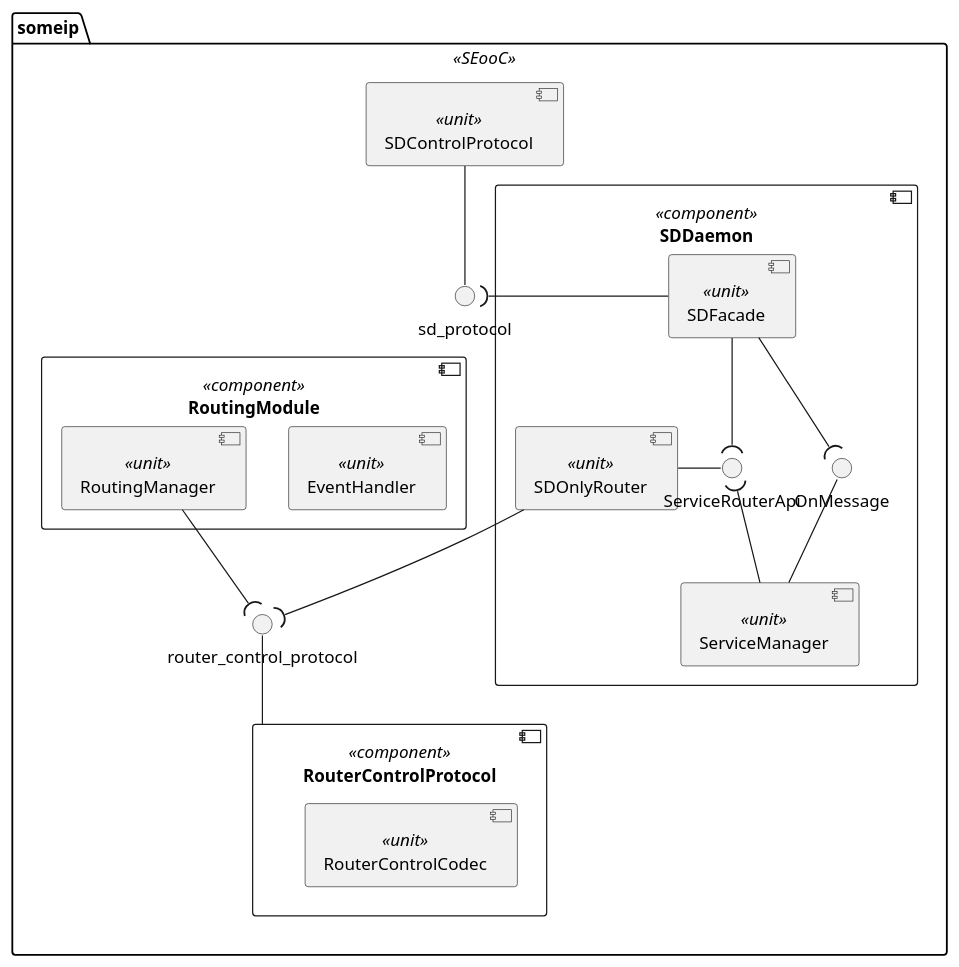
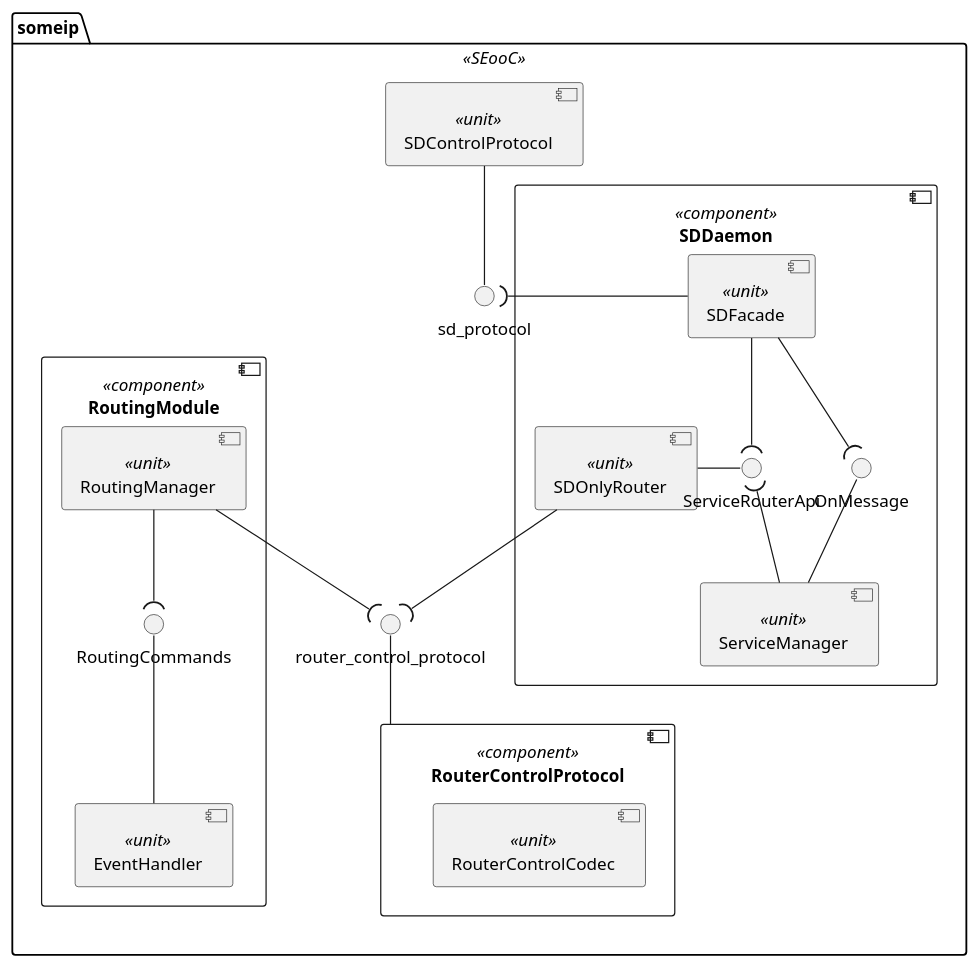
One commit to eclipse-score/communication changed the diagram in score/someip/dependability/architectural_design/static_design/overall.puml. Above: the diagram before and after it, drawn with PlantUML. The commit also changed 19 other files, not shown here.

First line of the commit message:
someip: add routing manager control path to routing module

```diff
--- a/score/someip/dependability/architectural_design/static_design/overall.puml
+++ b/score/someip/dependability/architectural_design/static_design/overall.puml
@@ -13,42 +13,46 @@
 @startuml SomeIp_StaticDesign
 
 package someip <<SEooC>> {
 
   component SDControlProtocol <<unit>>
   component RouterControlProtocol <<component>> {
     component RouterControlCodec <<unit>>
   }
 
 
   interface sd_protocol
   interface router_control_protocol
 
   RouterControlProtocol -u- router_control_protocol
   SDControlProtocol -d- sd_protocol
 
   component SDDaemon <<component>> {
     component ServiceManager <<unit>>
     component SDFacade <<unit>>
     component SDOnlyRouter <<unit>>
 
     interface OnMessage
     interface ServiceRouterApi
 
     SDFacade --( OnMessage
     ServiceManager -u- OnMessage
     SDFacade --( ServiceRouterApi
     ServiceManager -l-( ServiceRouterApi
     SDOnlyRouter -r- ServiceRouterApi
     SDOnlyRouter --( router_control_protocol
     SDFacade -l-( sd_protocol
   }
 
   component RoutingModule <<component>> {
     component EventHandler <<unit>>
     component RoutingManager <<unit>>
 
+    interface RoutingCommands
+
+    EventHandler -u- RoutingCommands
+    RoutingManager --( RoutingCommands
     RoutingManager --( router_control_protocol
   }
 }
 
 @enduml
```
